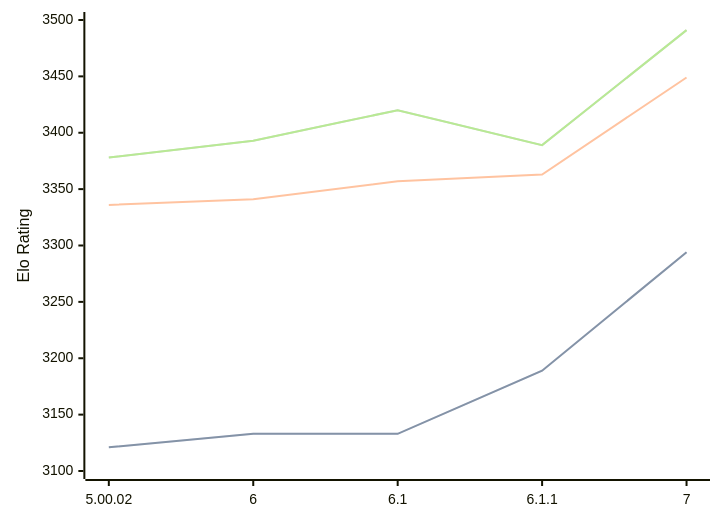
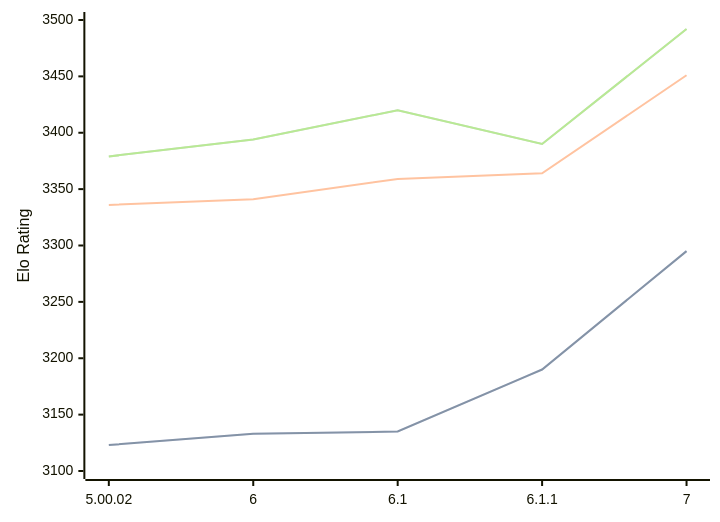
The diagram in engines/Zangdar.md (computer-chess-index/cci), drawn with Mermaid before and after one commit. The commit also changed other lines of this file, not shown here.

Commit message:
Update CCI Ratings (ELO VLTC) - 2026-07-23

````diff
--- a/engines/Zangdar.md
+++ b/engines/Zangdar.md
@@ -47,11 +47,11 @@
 ```mermaid
 %%{init: {"theme":"base","themeVariables":{"seriesColors:['#a3a3a3','#222221','#faa371']}}}%%
 xychart-beta
   x-axis ["5.00.02", "6", "6.1", "6.1.1", "7"]
   y-axis "Elo Rating" 3100 --> 3500
-  line "STC (8.0+0.08s)" [3121, 3133, 3133, 3189, 3294]
-  line "STC (8.0+0.08s)" [3121, 3133, 3133, 3189, 3294]
-  line "LTC (60.0+0.60s)" [3336, 3341, 3357, 3363, 3449]
-  line "VLTC (2m24s+1.12s)" [3378, 3393, 3420, 3389, 3491]
-  line "VLTC (2m24s+1.12s)" [3378, 3393, 3420, 3389, 3491]
+  line "STC (8.0+0.08s)" [3123, 3133, 3135, 3190, 3295]
+  line "STC (8.0+0.08s)" [3123, 3133, 3135, 3190, 3295]
+  line "LTC (60.0+0.60s)" [3336, 3341, 3359, 3364, 3451]
+  line "VLTC (2m24s+1.12s)" [3379, 3394, 3420, 3390, 3492]
+  line "VLTC (2m24s+1.12s)" [3379, 3394, 3420, 3390, 3492]
 ```
````
